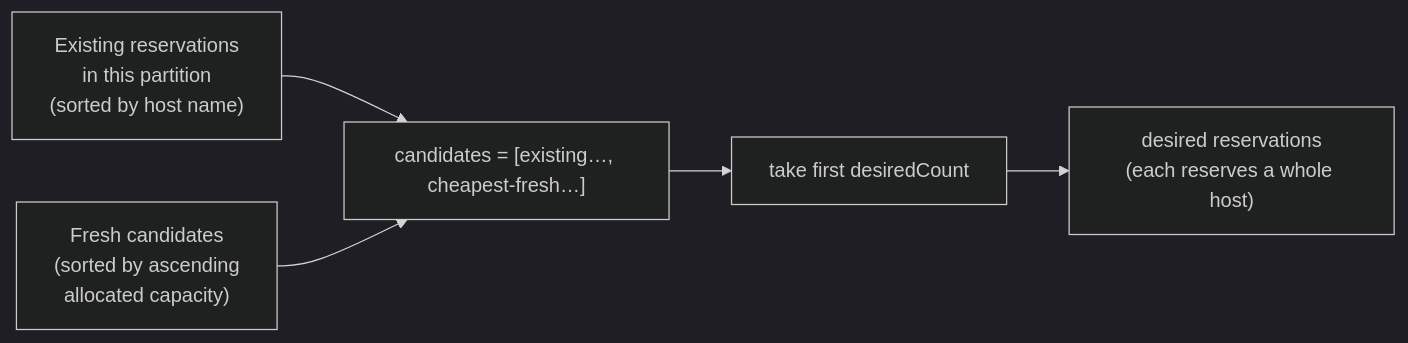
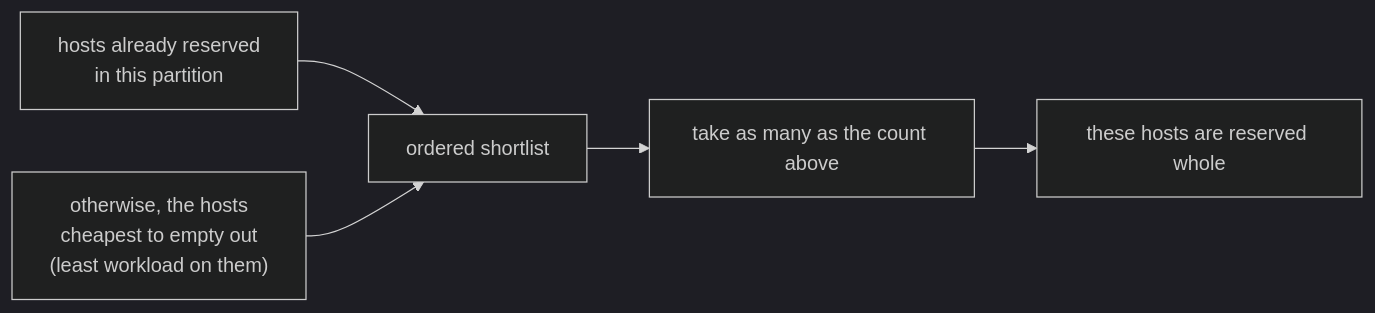
The ninth of 10 diagrams in docs/03-reservations-and-inventory/04-failover-host-reservations.md (cobaltcore-dev/cortex), drawn with Mermaid (dark theme) before and after one commit. The commit also changed other lines of this file, not shown here.

First line of the commit message:
docs(failoverhost): rewrite failover host reservations for human readers

````diff
--- a/docs/03-reservations-and-inventory/04-failover-host-reservations.md
+++ b/docs/03-reservations-and-inventory/04-failover-host-reservations.md
@@ -227,7 +303,7 @@
 ```mermaid
 flowchart LR
-    E["Existing reservations<br/>in this partition<br/>(sorted by host name)"] --> LIST
-    F["Fresh candidates<br/>(sorted by ascending<br/>allocated capacity)"] --> LIST
-    LIST["candidates = [existing…, cheapest-fresh…]"] --> TAKE["take first desiredCount"]
-    TAKE --> RES["desired reservations<br/>(each reserves a whole host)"]
+    E["hosts already reserved<br/>in this partition"] --> LIST
+    F["otherwise, the hosts<br/>cheapest to empty out<br/>(least workload on them)"] --> LIST
+    LIST["ordered shortlist"] --> TAKE["take as many as the count above"]
+    TAKE --> RES["these hosts are reserved whole"]
 ```
````
